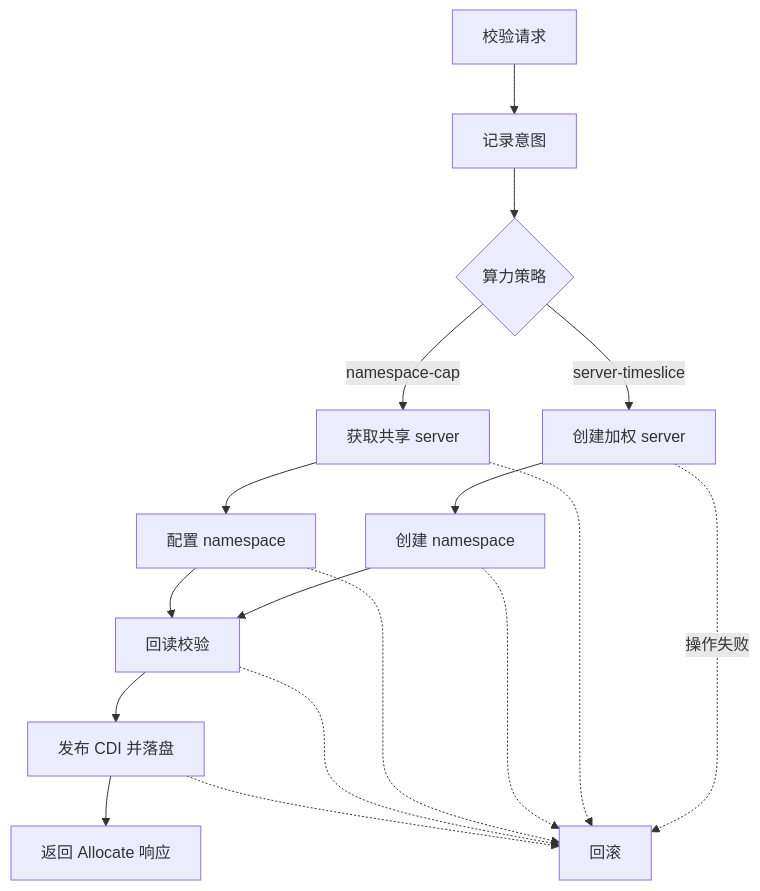
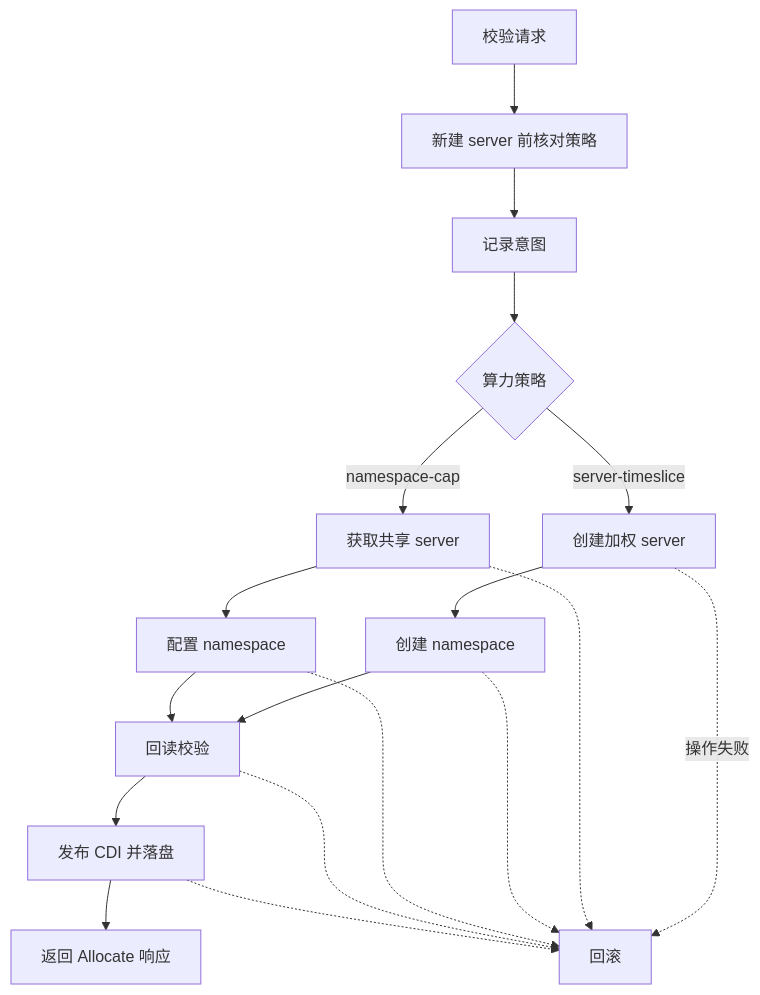
The second of 2 diagrams in i18n/zh/docusaurus-plugin-content-docs/current/developers/mps-v3-design.md (Project-HAMi/website), drawn with Mermaid before and after one commit. The commit also changed other lines of this file and 3 other files, not shown here.

````diff
--- a/i18n/zh/docusaurus-plugin-content-docs/current/developers/mps-v3-design.md
+++ b/i18n/zh/docusaurus-plugin-content-docs/current/developers/mps-v3-design.md
@@ -59,19 +59,20 @@
 ```mermaid
 flowchart TD
-    V["校验请求"] --> I["记录意图"]
+    V["校验请求"] --> CP["新建 server 前核对策略"]
+    CP --> I["记录意图"]
     I --> B{"算力策略"}
     B -->|server-timeslice| T["创建加权 server"]
     B -->|namespace-cap| C["获取共享 server"]
     T --> TN["创建 namespace"]
     C --> CN["配置 namespace"]
     TN --> Q["回读校验"]
     CN --> Q
     Q --> P["发布 CDI 并落盘"]
     P --> A["返回 Allocate 响应"]
     T -.->|操作失败| X["回滚"]
     C -.-> X
     TN -.-> X
     CN -.-> X
     Q -.-> X
     P -.-> X
 ```
````
